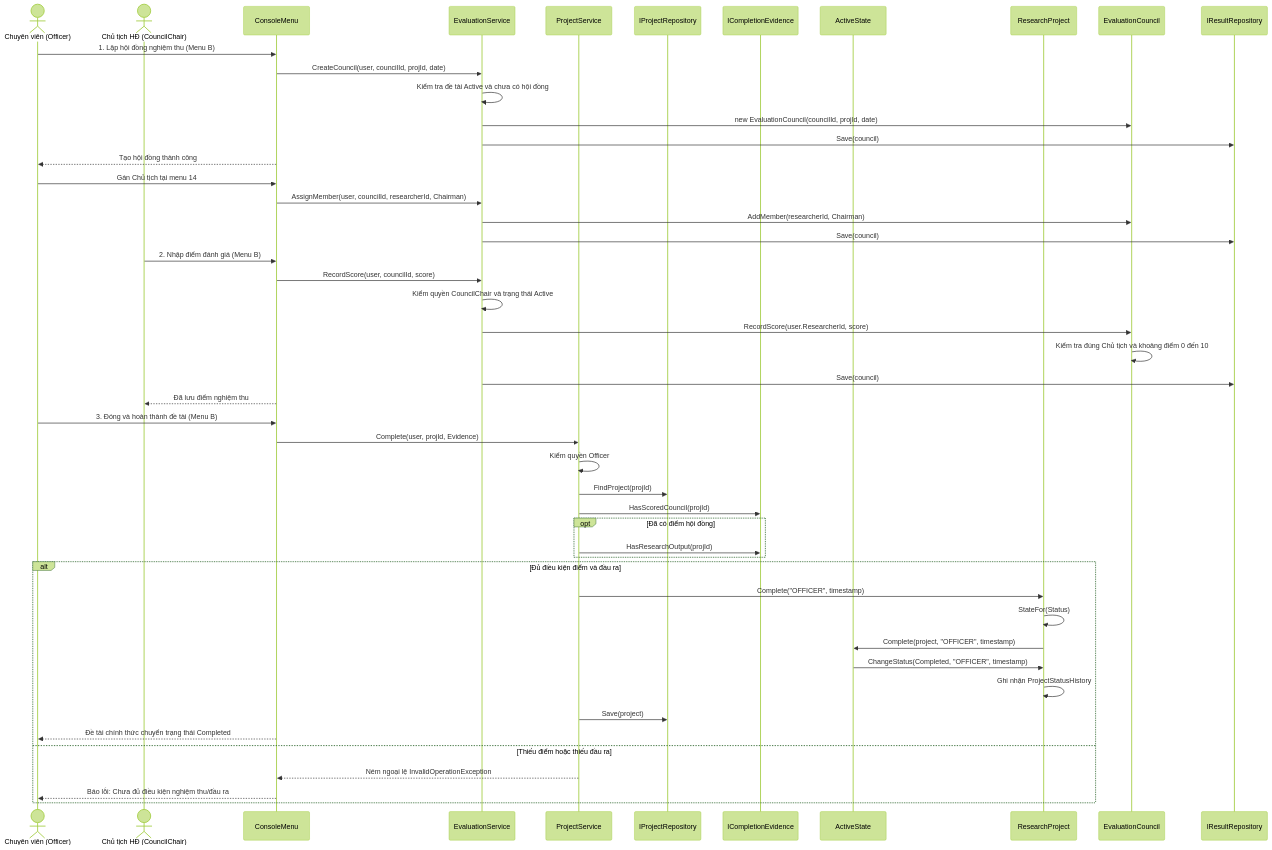
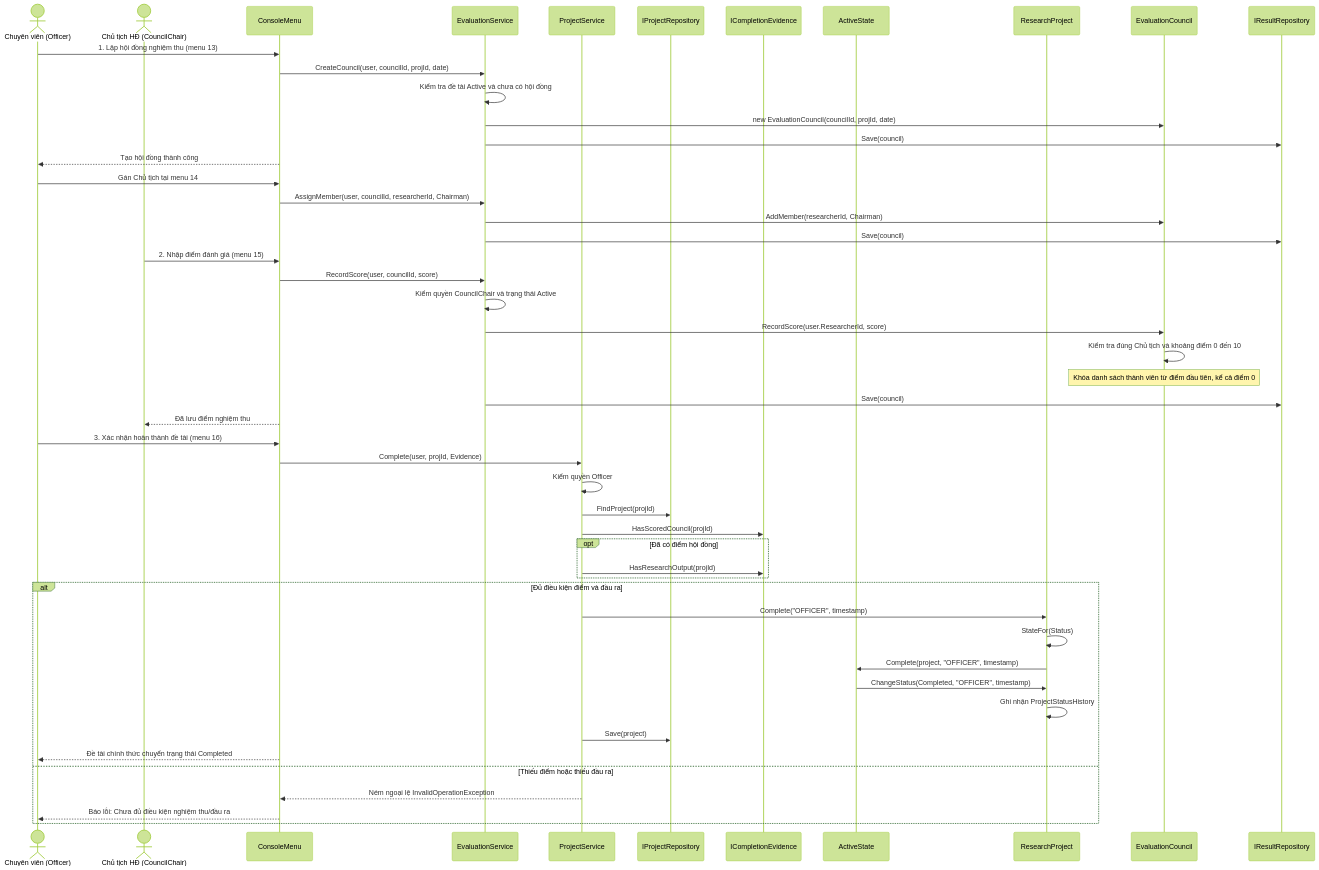
Before and after one commit to PKT-zZ/QLNCKH_OOP_FINAL: the ninth of 10 diagrams in docs/uml.md, drawn with Mermaid (forest theme). The commit also changed other lines of this file and 5 other files, not shown here.

````diff
--- a/docs/uml.md
+++ b/docs/uml.md
@@ -650,57 +655,58 @@
 ```mermaid
 sequenceDiagram
     actor CV as Chuyên viên (Officer)
     actor CT as Chủ tịch HĐ (CouncilChair)
     participant UI as ConsoleMenu
     participant ES as EvaluationService
     participant PS as ProjectService
     participant Repo as IProjectRepository
     participant Evidence as ICompletionEvidence
     participant State as ActiveState
     participant P as ResearchProject
     participant C as EvaluationCouncil
     participant Results as IResultRepository
 
     %% UC05: Lập hội đồng
-    CV->>UI: 1. Lập hội đồng nghiệm thu (Menu B)
+    CV->>UI: 1. Lập hội đồng nghiệm thu (menu 13)
     UI->>ES: CreateCouncil(user, councilId, projId, date)
     ES->>ES: Kiểm tra đề tài Active và chưa có hội đồng
     ES->>C: new EvaluationCouncil(councilId, projId, date)
     ES->>Results: Save(council)
     UI-->>CV: Tạo hội đồng thành công
     CV->>UI: Gán Chủ tịch tại menu 14
     UI->>ES: AssignMember(user, councilId, researcherId, Chairman)
     ES->>C: AddMember(researcherId, Chairman)
     ES->>Results: Save(council)
 
     %% UC06: Ghi điểm nghiệm thu
-    CT->>UI: 2. Nhập điểm đánh giá (Menu B)
+    CT->>UI: 2. Nhập điểm đánh giá (menu 15)
     UI->>ES: RecordScore(user, councilId, score)
     ES->>ES: Kiểm quyền CouncilChair và trạng thái Active
     ES->>C: RecordScore(user.ResearcherId, score)
     C->>C: Kiểm tra đúng Chủ tịch và khoảng điểm 0 đến 10
+    Note over C: Khóa danh sách thành viên từ điểm đầu tiên, kể cả điểm 0
     ES->>Results: Save(council)
     UI-->>CT: Đã lưu điểm nghiệm thu
 
     %% UC06: Hoàn thành đề tài
-    CV->>UI: 3. Đóng và hoàn thành đề tài (Menu B)
+    CV->>UI: 3. Xác nhận hoàn thành đề tài (menu 16)
     UI->>PS: Complete(user, projId, Evidence)
     PS->>PS: Kiểm quyền Officer
     PS->>Repo: FindProject(projId)
     PS->>Evidence: HasScoredCouncil(projId)
     opt Đã có điểm hội đồng
         PS->>Evidence: HasResearchOutput(projId)
     end
     alt Đủ điều kiện điểm và đầu ra
         PS->>P: Complete("OFFICER", timestamp)
         P->>P: StateFor(Status)
         P->>State: Complete(project, "OFFICER", timestamp)
         State->>P: ChangeStatus(Completed, "OFFICER", timestamp)
         P->>P: Ghi nhận ProjectStatusHistory
         PS->>Repo: Save(project)
         UI-->>CV: Đề tài chính thức chuyển trạng thái Completed
     else Thiếu điểm hoặc thiếu đầu ra
         PS-->>UI: Ném ngoại lệ InvalidOperationException
         UI-->>CV: Báo lỗi: Chưa đủ điều kiện nghiệm thu/đầu ra
     end
 ```
````
